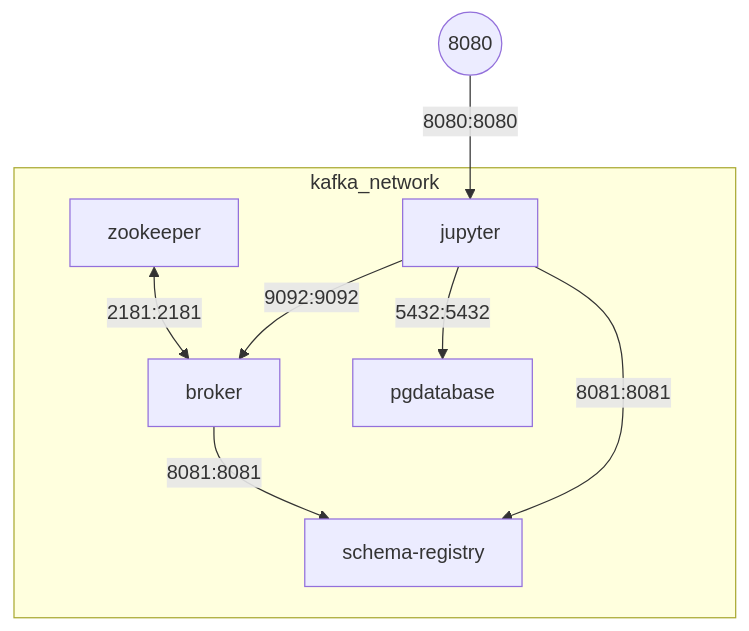
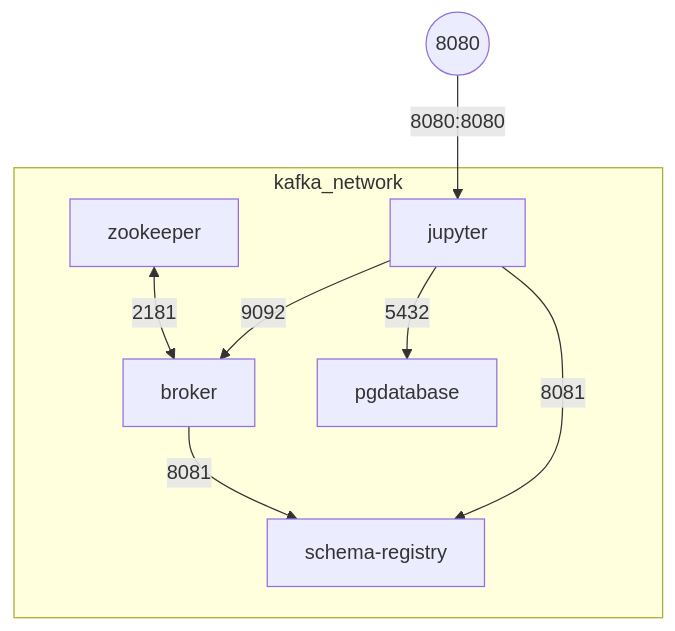
Before and after one commit to kaizen-ai/kaizenflow: the first of 2 diagrams in sorrentum_sandbox/spring2024/Spring2024_Data_Streaming_Platform_with_Apache_Kafka/README.md, drawn with Mermaid. The commit also changed other lines of this file, not shown here.

Commit message:
improve Docker Implementation in README

````diff
--- a/sorrentum_sandbox/spring2024/Spring2024_Data_Streaming_Platform_with_Apache_Kafka/README.md
+++ b/sorrentum_sandbox/spring2024/Spring2024_Data_Streaming_Platform_with_Apache_Kafka/README.md
@@ -45,16 +29,16 @@
 ```mermaid
 graph TD
 	subgraph m["kafka_network"]
 		Z["zookeeper"]
 		B["broker"]
 		SR["schema-registry"]
 		J["jupyter"]
 		PG["pgdatabase"]
-		Z <-- "2181:2181" --> B
-		B -- "8081:8081"  --> SR
-		J -- "9092:9092" --> B
-		J -- "8081:8081" --> SR
-		J -- "5432:5432" --> PG
+		Z <-- "2181" --> B
+		B -- "8081"  --> SR
+		J -- "9092" --> B
+		J -- "8081" --> SR
+		J -- "5432" --> PG
 	end
 	u((8080)) -- "8080:8080" --> J
 ```
````
